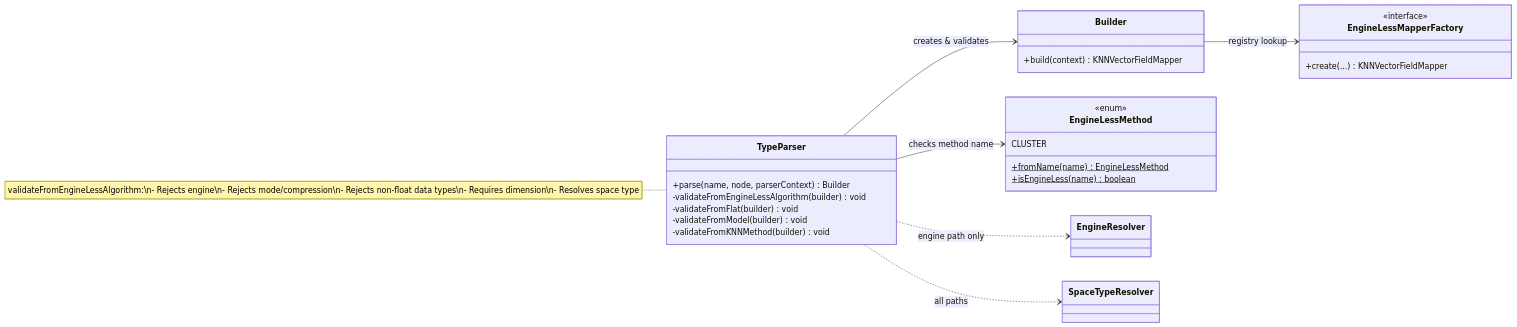
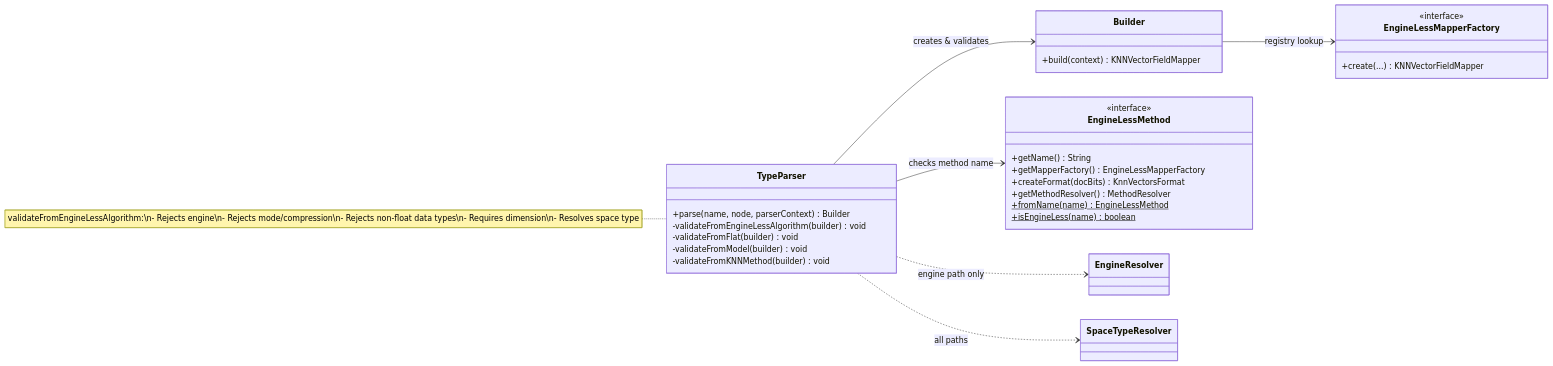
The second of 5 diagrams in designDocs/cluster-ann/CLUSTER_VECTOR_FIELD_MAPPER_LLD.md (navneet1v/k-NN), drawn with Mermaid before and after one commit. The commit also changed other lines of this file and 7 other files, not shown here.

````diff
--- a/designDocs/cluster-ann/CLUSTER_VECTOR_FIELD_MAPPER_LLD.md
+++ b/designDocs/cluster-ann/CLUSTER_VECTOR_FIELD_MAPPER_LLD.md
@@ -105,36 +118,39 @@
 ```mermaid
 classDiagram
     direction LR
 
     class TypeParser {
         +parse(name, node, parserContext) Builder
         -validateFromEngineLessAlgorithm(builder) void
         -validateFromFlat(builder) void
         -validateFromModel(builder) void
         -validateFromKNNMethod(builder) void
     }
 
     class Builder {
         +build(context) KNNVectorFieldMapper
     }
 
     class EngineLessMethod {
-        <<enum>>
-        CLUSTER
+        <<interface>>
+        +getName() String
+        +getMapperFactory() EngineLessMapperFactory
+        +createFormat(docBits) KnnVectorsFormat
+        +getMethodResolver() MethodResolver
         +fromName(name)$ EngineLessMethod
         +isEngineLess(name)$ boolean
     }
 
     class EngineLessMapperFactory {
         <<interface>>
         +create(...) KNNVectorFieldMapper
     }
 
     TypeParser --> Builder : creates & validates
     TypeParser --> EngineLessMethod : checks method name
     Builder --> EngineLessMapperFactory : registry lookup
     TypeParser ..> EngineResolver : engine path only
     TypeParser ..> SpaceTypeResolver : all paths
 
     note for TypeParser "validateFromEngineLessAlgorithm:\n- Rejects engine\n- Rejects mode/compression\n- Rejects non-float data types\n- Requires dimension\n- Resolves space type"
 ```
````
